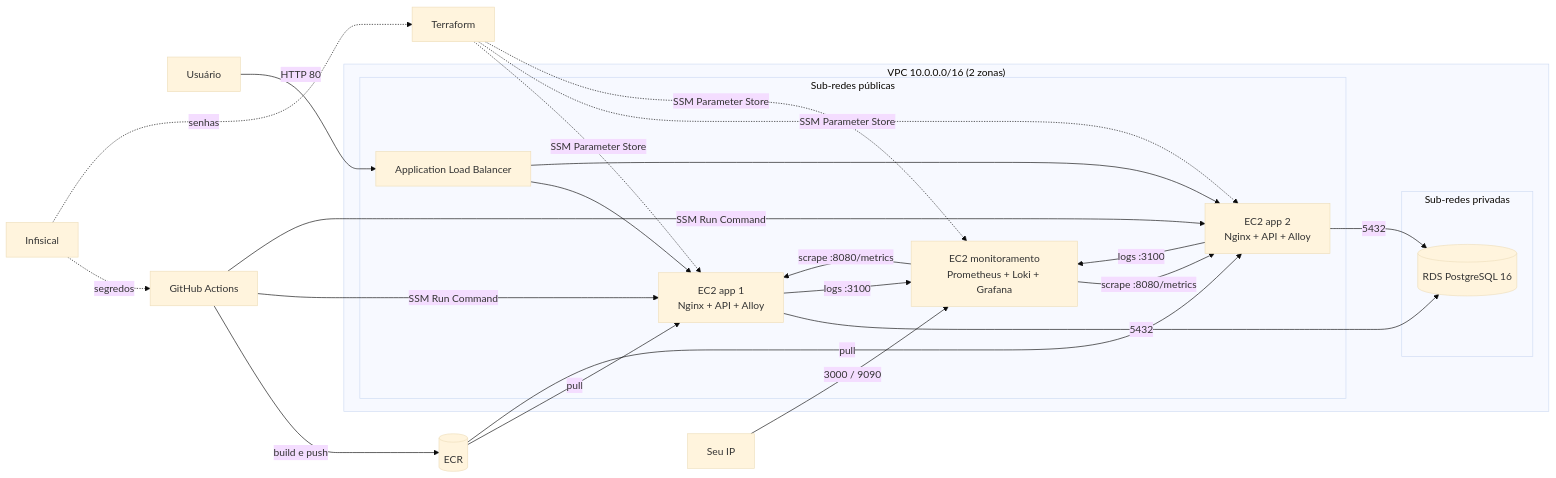
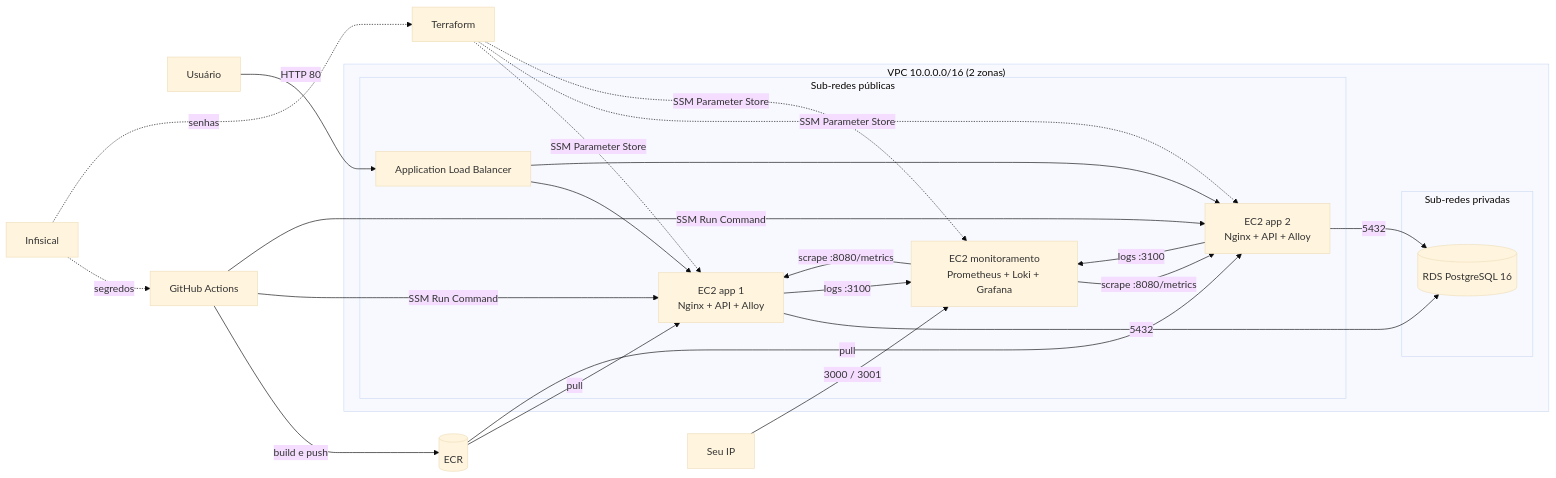
One commit to hmccufrpe/TennisLog changed the diagram in README.md. Above: the diagram before and after it, drawn with Mermaid (base theme). The commit also changed 3 other files, not shown here.

````diff
--- a/README.md
+++ b/README.md
@@ -19,26 +19,26 @@
 ```mermaid
 flowchart LR
   U[Usuário] -->|HTTP 80| ALB[Application Load Balancer]
   subgraph VPC["VPC 10.0.0.0/16 (2 zonas)"]
     subgraph PUB[Sub-redes públicas]
       ALB
       A1["EC2 app 1<br/>Nginx + API + Alloy"]
       A2["EC2 app 2<br/>Nginx + API + Alloy"]
       MON["EC2 monitoramento<br/>Prometheus + Loki + Grafana"]
     end
     subgraph PRIV[Sub-redes privadas]
       RDS[(RDS PostgreSQL 16)]
     end
   end
   ALB --> A1 & A2
   A1 & A2 -->|5432| RDS
   MON -->|"scrape :8080/metrics"| A1 & A2
   A1 & A2 -->|"logs :3100"| MON
-  ADM[Seu IP] -->|3000 / 9090| MON
+  ADM[Seu IP] -->|3000 / 3001| MON
   GH[GitHub Actions] -->|build e push| ECR[(ECR)]
   GH -->|SSM Run Command| A1 & A2
   ECR -->|pull| A1 & A2
   INF[Infisical] -.->|segredos| GH
   INF -.->|senhas| TF[Terraform]
   TF -.->|SSM Parameter Store| A1 & A2 & MON
 ```
````
